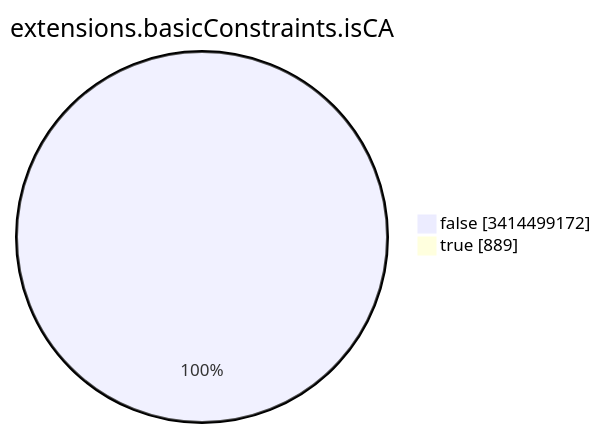
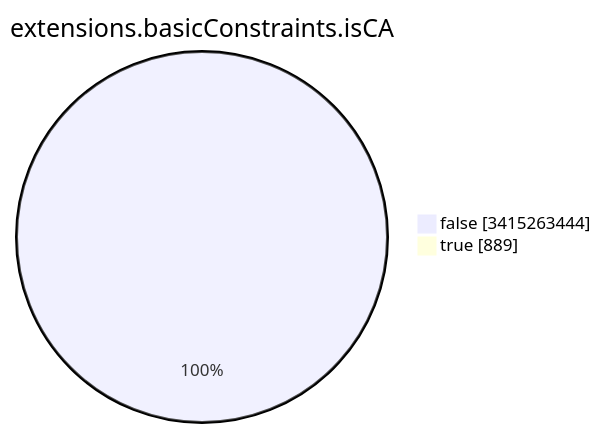
Before and after one commit to christiankrug/ctmonitor_visualization: the seventh of 15 diagrams in TOTAL/README.md, drawn with Mermaid. The commit also changed other lines of this file, not shown here.

````diff
--- a/TOTAL/README.md
+++ b/TOTAL/README.md
@@ -3092,6 +3092,6 @@
 ```mermaid
 pie showData
 title extensions.basicConstraints.isCA
-"false" :3414499172
+"false" :3415263444
 "true" :889
 ```
````
